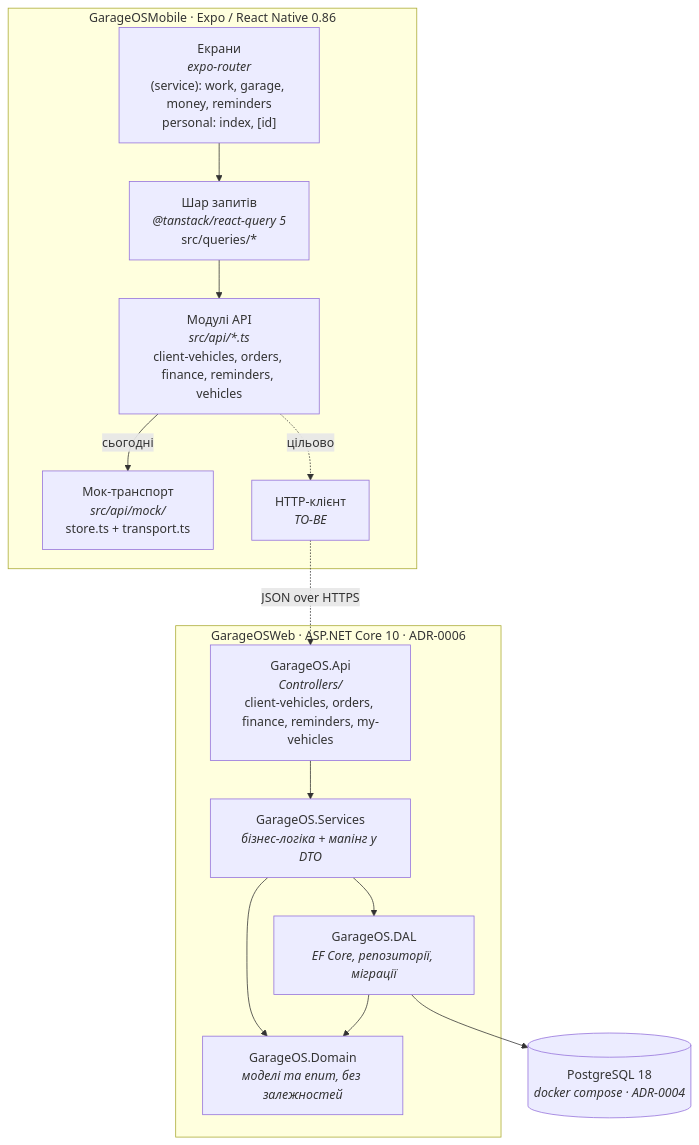
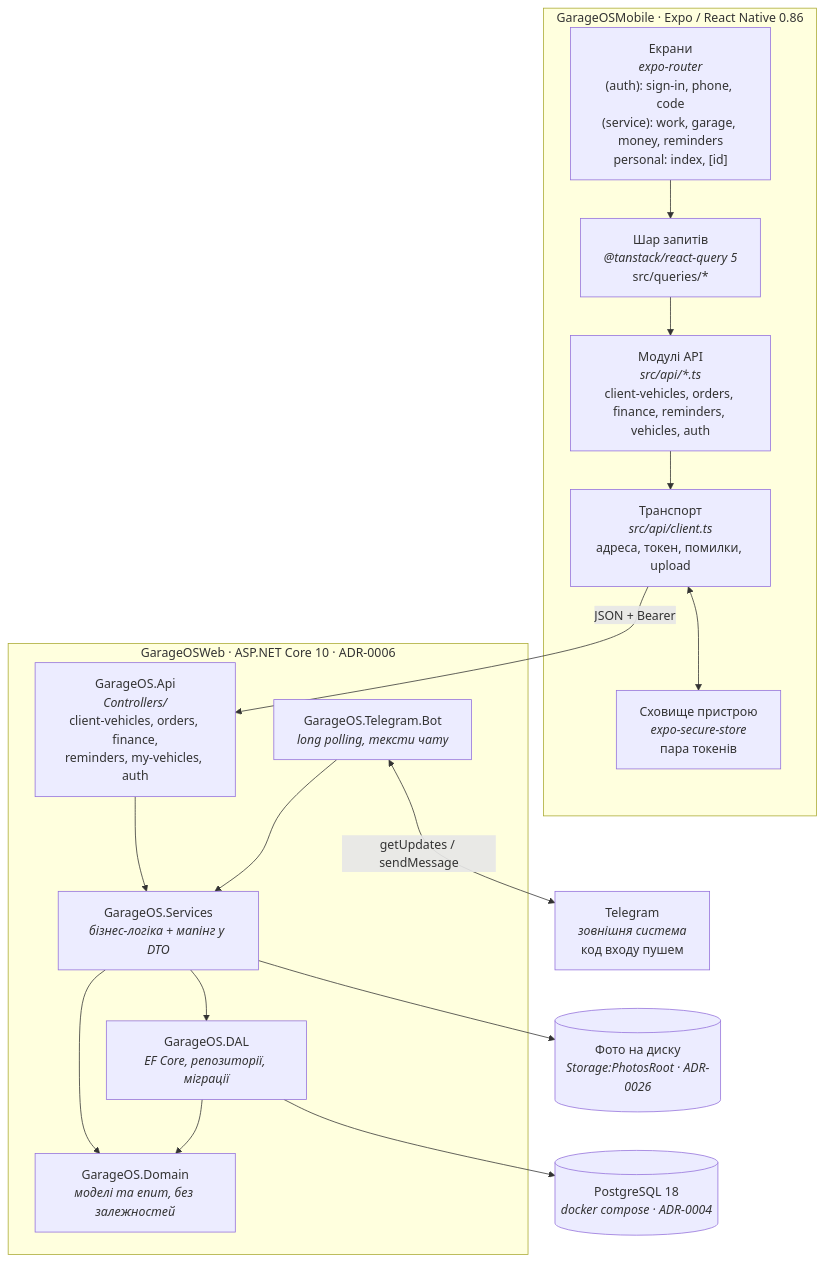
The diagram in docs/atlas/01-containers.md (maksymkrat/GarageOS), drawn with Mermaid before and after one commit. The commit also changed other lines of this file and 7 other files, not shown here.

````diff
--- a/docs/atlas/01-containers.md
+++ b/docs/atlas/01-containers.md
@@ -5,30 +5,36 @@
 ```mermaid
 flowchart TB
     subgraph client["GarageOSMobile · Expo / React Native 0.86"]
-        screens["Екрани<br/><i>expo-router</i><br/>(service): work, garage, money, reminders<br/>personal: index, [id]"]
+        screens["Екрани<br/><i>expo-router</i><br/>(auth): sign-in, phone, code<br/>(service): work, garage, money, reminders<br/>personal: index, [id]"]
         queries["Шар запитів<br/><i>@tanstack/react-query 5</i><br/>src/queries/*"]
-        apimod["Модулі API<br/><i>src/api/*.ts</i><br/>client-vehicles, orders, finance, reminders, vehicles"]
-        mock["Мок-транспорт<br/><i>src/api/mock/</i><br/>store.ts + transport.ts"]
-        http["HTTP-клієнт<br/><i>TO-BE</i>"]
+        apimod["Модулі API<br/><i>src/api/*.ts</i><br/>client-vehicles, orders, finance, reminders, vehicles, auth"]
+        http["Транспорт<br/><i>src/api/client.ts</i><br/>адреса, токен, помилки, upload"]
+        store["Сховище пристрою<br/><i>expo-secure-store</i><br/>пара токенів"]
     end
 
     subgraph server["GarageOSWeb · ASP.NET Core 10 · ADR-0006"]
-        ctrl["GarageOS.Api<br/><i>Controllers/</i><br/>client-vehicles, orders, finance, reminders, my-vehicles"]
+        ctrl["GarageOS.Api<br/><i>Controllers/</i><br/>client-vehicles, orders, finance,<br/>reminders, my-vehicles, auth"]
         svc["GarageOS.Services<br/><i>бізнес-логіка + мапінг у DTO</i>"]
         dom["GarageOS.Domain<br/><i>моделі та enum, без залежностей</i>"]
         data["GarageOS.DAL<br/><i>EF Core, репозиторії, міграції</i>"]
+        bot["GarageOS.Telegram.Bot<br/><i>long polling, тексти чату</i>"]
     end
 
     db[("PostgreSQL 18<br/><i>docker compose · ADR-0004</i>")]
+    photos[("Фото на диску<br/><i>Storage:PhotosRoot · ADR-0026</i>")]
+    tg["Telegram<br/><i>зовнішня система</i><br/>код входу пушем"]
 
     screens --> queries
     queries --> apimod
-    apimod -->|сьогодні| mock
-    apimod -.->|цільово| http
-    http -.->|JSON over HTTPS| ctrl
+    apimod --> http
+    http -->|JSON + Bearer| ctrl
+    http <--> store
     ctrl --> svc
     svc --> data
     svc --> dom
+    svc --> photos
+    bot --> svc
+    bot <-->|getUpdates / sendMessage| tg
     data --> dom
     data --> db
 ```
````
